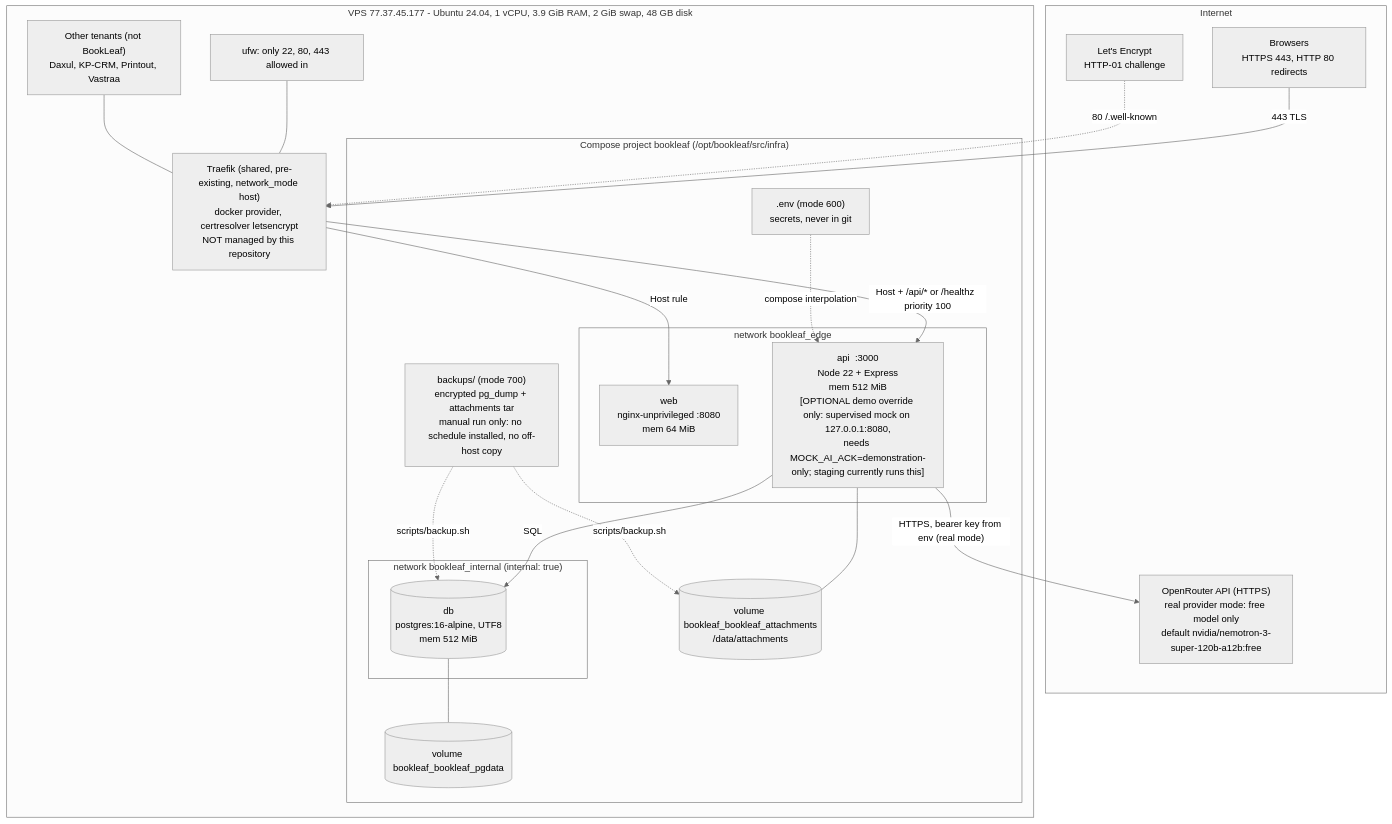
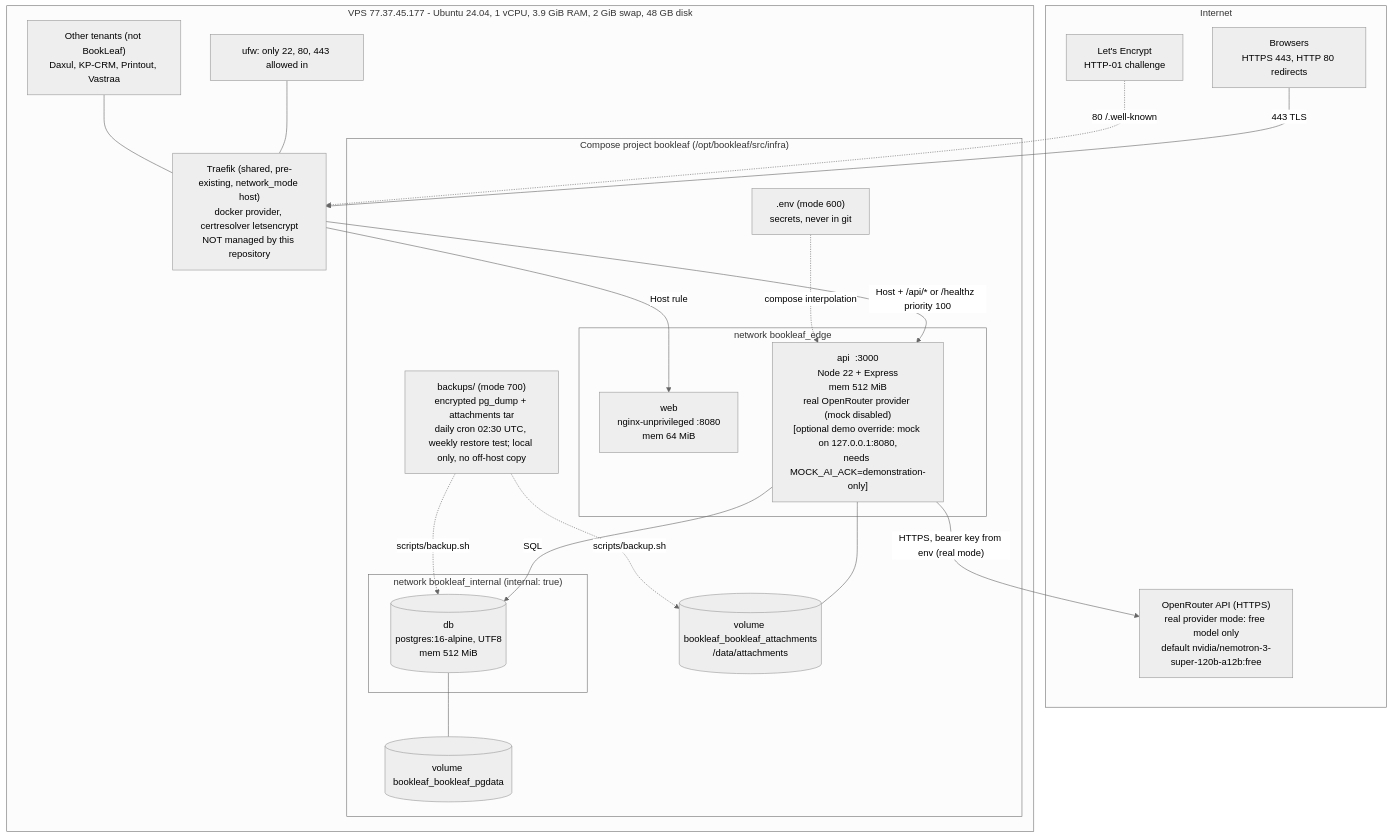
Before and after one commit to singhdaksh7/book-leaf__assignment-1: the diagram in docs/architecture/diagrams/deployment-architecture.mmd, drawn with Mermaid (neutral theme). The commit also changed 24 other files, not shown here.

```diff
--- a/docs/architecture/diagrams/deployment-architecture.mmd
+++ b/docs/architecture/diagrams/deployment-architecture.mmd
@@ -1,41 +1,41 @@
 %% file: deployment-architecture.mmd
 flowchart TB
     subgraph NET["Internet"]
         BR["Browsers<br/>HTTPS 443, HTTP 80 redirects"]
         LE["Let's Encrypt<br/>HTTP-01 challenge"]
         ORP["OpenRouter API (HTTPS)<br/>real provider mode: free model only<br/>default nvidia/nemotron-3-super-120b-a12b:free"]
     end
 
     subgraph VPS["VPS 77.37.45.177 - Ubuntu 24.04, 1 vCPU, 3.9 GiB RAM, 2 GiB swap, 48 GB disk"]
         UFW["ufw: only 22, 80, 443 allowed in"]
         TR["Traefik (shared, pre-existing, network_mode host)<br/>docker provider, certresolver letsencrypt<br/>NOT managed by this repository"]
         OTHER["Other tenants (not BookLeaf)<br/>Daxul, KP-CRM, Printout, Vastraa"]
 
         subgraph PROJ["Compose project bookleaf  (/opt/bookleaf/src/infra)"]
             subgraph EDGE["network bookleaf_edge"]
                 WEB["web<br/>nginx-unprivileged :8080<br/>mem 64 MiB"]
-                API["api  :3000<br/>Node 22 + Express<br/>mem 512 MiB<br/>[OPTIONAL demo override only: supervised mock on 127.0.0.1:8080,<br/>needs MOCK_AI_ACK=demonstration-only; staging currently runs this]"]
+                API["api  :3000<br/>Node 22 + Express<br/>mem 512 MiB<br/>real OpenRouter provider (mock disabled)<br/>[optional demo override: mock on 127.0.0.1:8080,<br/>needs MOCK_AI_ACK=demonstration-only]"]
             end
             subgraph INT["network bookleaf_internal (internal: true)"]
                 DB[("db<br/>postgres:16-alpine, UTF8<br/>mem 512 MiB")]
             end
             VPG[("volume bookleaf_bookleaf_pgdata")]
             VAT[("volume bookleaf_bookleaf_attachments<br/>/data/attachments")]
             ENV[".env (mode 600)<br/>secrets, never in git"]
-            BK["backups/ (mode 700)<br/>encrypted pg_dump + attachments tar<br/>manual run only: no schedule installed, no off-host copy"]
+            BK["backups/ (mode 700)<br/>encrypted pg_dump + attachments tar<br/>daily cron 02:30 UTC, weekly restore test; local only, no off-host copy"]
         end
     end
 
     BR -- "443 TLS" --> TR
     LE -. "80 /.well-known" .-> TR
     TR -- "Host rule" --> WEB
     TR -- "Host + /api/* or /healthz  priority 100" --> API
     API -- "SQL" --> DB
     API -- "HTTPS, bearer key from env (real mode)" --> ORP
     DB --- VPG
     API --- VAT
     ENV -. "compose interpolation" .-> API
     BK -. "scripts/backup.sh" .-> DB
     BK -. "scripts/backup.sh" .-> VAT
     UFW --- TR
     OTHER --- TR
```
